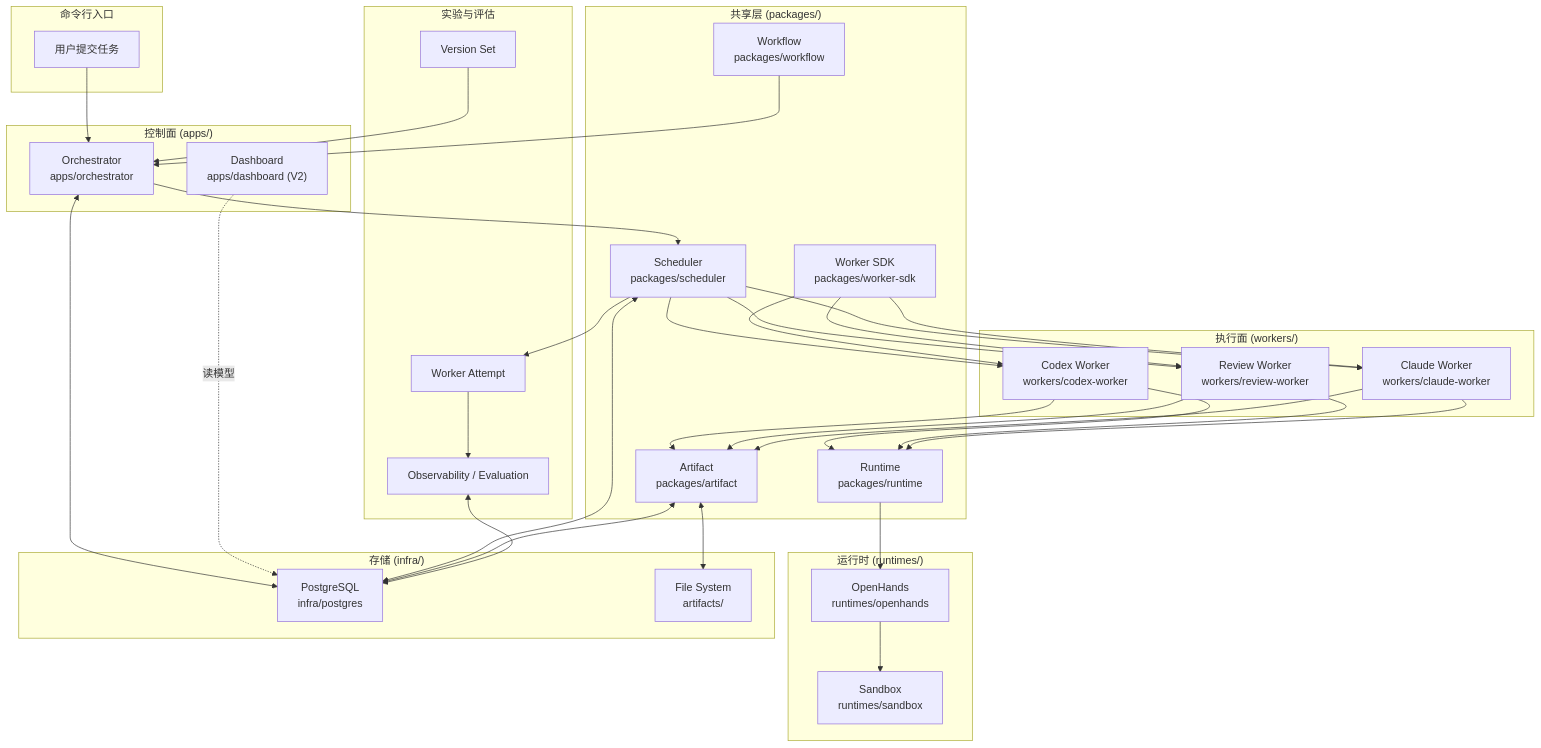
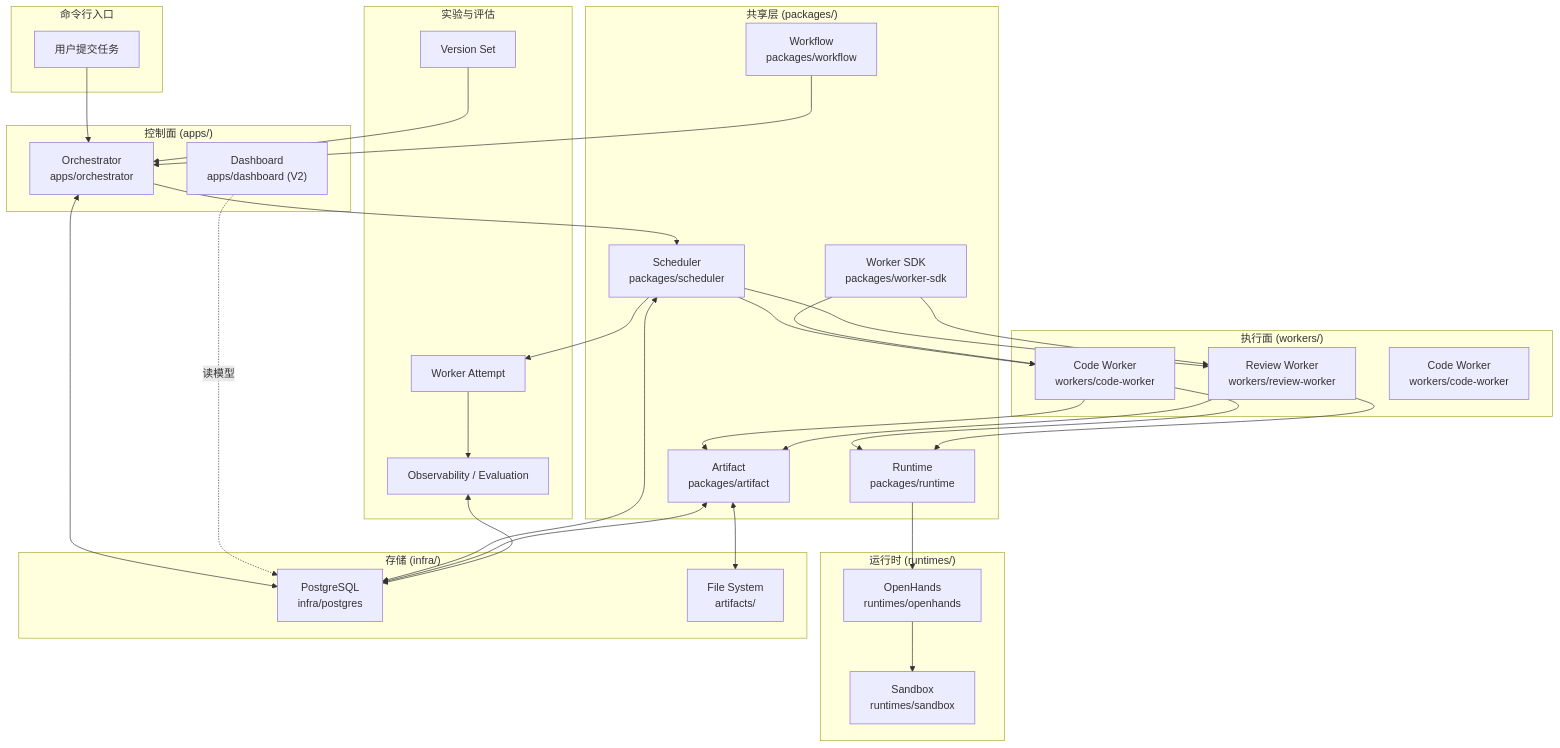
Before and after one commit to YoungerYang-Y/ai-sdlc-platform: the second of 3 diagrams in ARCHITECTURE.md, drawn with Mermaid. The commit also changed other lines of this file and 15 other files, not shown here.

````diff
--- a/ARCHITECTURE.md
+++ b/ARCHITECTURE.md
@@ -122,72 +122,68 @@
 ```mermaid
 flowchart TB
     subgraph CLI["命令行入口"]
         USER["用户提交任务"]
     end
 
     subgraph Control["控制面 (apps/)"]
         O["Orchestrator<br/>apps/orchestrator"]
         DASH["Dashboard<br/>apps/dashboard (V2)"]
     end
 
     subgraph Shared["共享层 (packages/)"]
         S["Scheduler<br/>packages/scheduler"]
         SDK["Worker SDK<br/>packages/worker-sdk"]
         WF["Workflow<br/>packages/workflow"]
         A["Artifact<br/>packages/artifact"]
         R["Runtime<br/>packages/runtime"]
     end
 
     subgraph Workers["执行面 (workers/)"]
-        CW["Codex Worker<br/>workers/codex-worker"]
+        CW["Code Worker<br/>workers/code-worker"]
         RW["Review Worker<br/>workers/review-worker"]
-        CLW["Claude Worker<br/>workers/claude-worker"]
+        CLW["Code Worker<br/>workers/code-worker"]
     end
 
     subgraph Experiment["实验与评估"]
         VS["Version Set"]
         ATT["Worker Attempt"]
         OBS["Observability / Evaluation"]
     end
 
     subgraph Runtime["运行时 (runtimes/)"]
         OH["OpenHands<br/>runtimes/openhands"]
         SB["Sandbox<br/>runtimes/sandbox"]
     end
 
     subgraph Storage["存储 (infra/)"]
         DB["PostgreSQL<br/>infra/postgres"]
         FS["File System<br/>artifacts/"]
     end
 
     USER --> O
     VS --> O
     WF --> O
     O --> S
     O <--> DB
     DASH -.->|"读模型"| DB
     
     S <--> DB
     S --> CW
     S --> RW
-    S --> CLW
     S --> ATT
     
     SDK --> CW
     SDK --> RW
-    SDK --> CLW
     
     CW --> R
     RW --> R
-    CLW --> R
     R --> OH
     OH --> SB
     
     CW --> A
     RW --> A
-    CLW --> A
     ATT --> OBS
     A <--> DB
     A <--> FS
     OBS <--> DB
 ```
````
